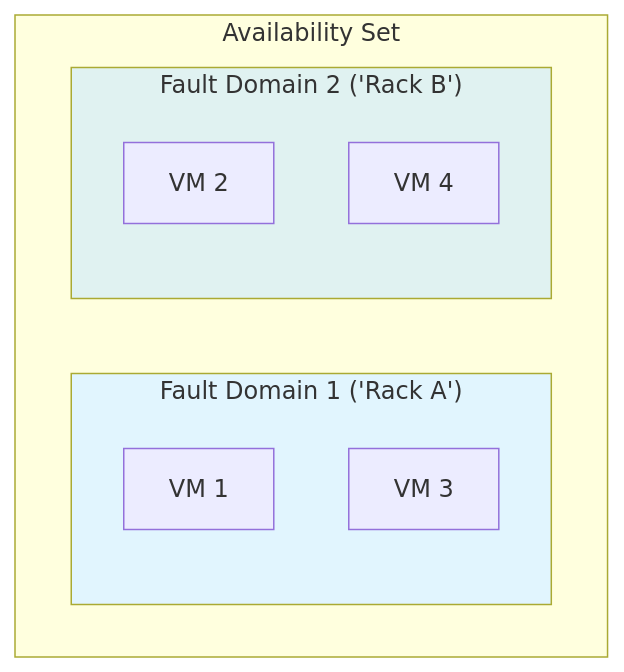
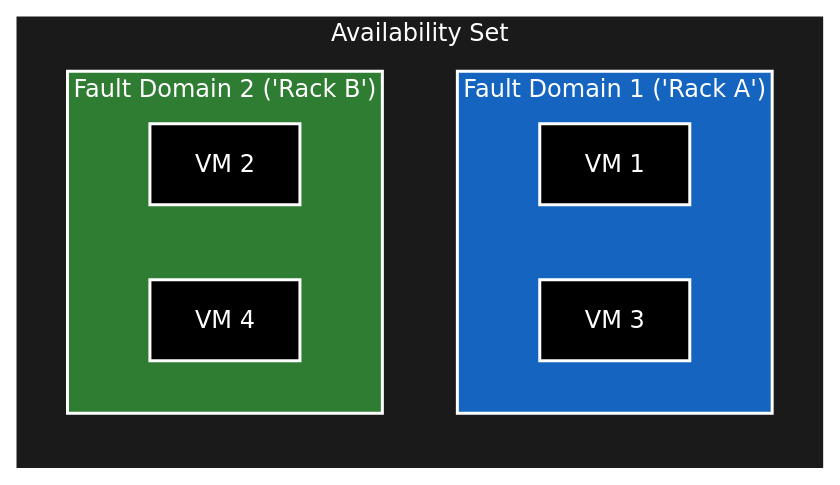
One commit to PelmeenidHapukoorega/Solutions-Architect changed the first of 2 diagrams in AZ-305/Theory/Theory-computer-and-networking-services.md. Above: the diagram before and after it, drawn with Mermaid. The commit also changed other lines of this file, not shown here.

````diff
--- a/AZ-305/Theory/Theory-computer-and-networking-services.md
+++ b/AZ-305/Theory/Theory-computer-and-networking-services.md
@@ -38,16 +38,34 @@
 ```mermaid
 graph TB
-    subgraph Availability_Set [Availability Set]
+    subgraph Availability_Set ["Availability Set"]
+        direction TB
+        
         subgraph FD1 ["Fault Domain 1 ('Rack A')"]
             VM1[VM 1]
             VM3[VM 3]
         end
+        
         subgraph FD2 ["Fault Domain 2 ('Rack B')"]
             VM2[VM 2]
             VM4[VM 4]
         end
     end
     
-    style FD1 fill:#e1f5fe
-    style FD2 fill:#e0f2f1
+    %% --- STYLING ---
+    
+    %% 1. Style the VMs (Nodes)
+    %% Fill: Black, Stroke: White, Text: White
+    classDef vmNode fill:#000,stroke:#fff,stroke-width:2px,color:#fff;
+    class VM1,VM2,VM3,VM4 vmNode;
+
+    %% 2. Style the Subgraphs (Containers)
+    
+    %% Outer Container: Dark Grey
+    style Availability_Set fill:#1a1a1a,stroke:#fff,stroke-width:2px,color:#fff
+    
+    %% Rack A: Dark Blue
+    style FD1 fill:#1565c0,stroke:#fff,stroke-width:2px,color:#fff
+    
+    %% Rack B: Dark Green
+    style FD2 fill:#2e7d32,stroke:#fff,stroke-width:2px,color:#fff
 ```
````
